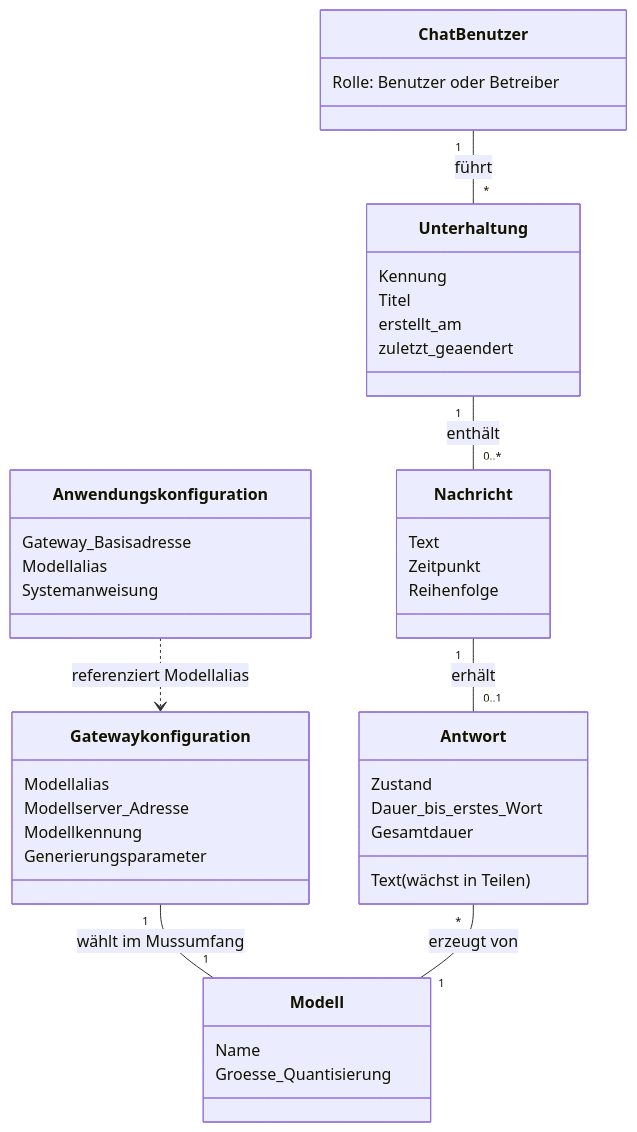
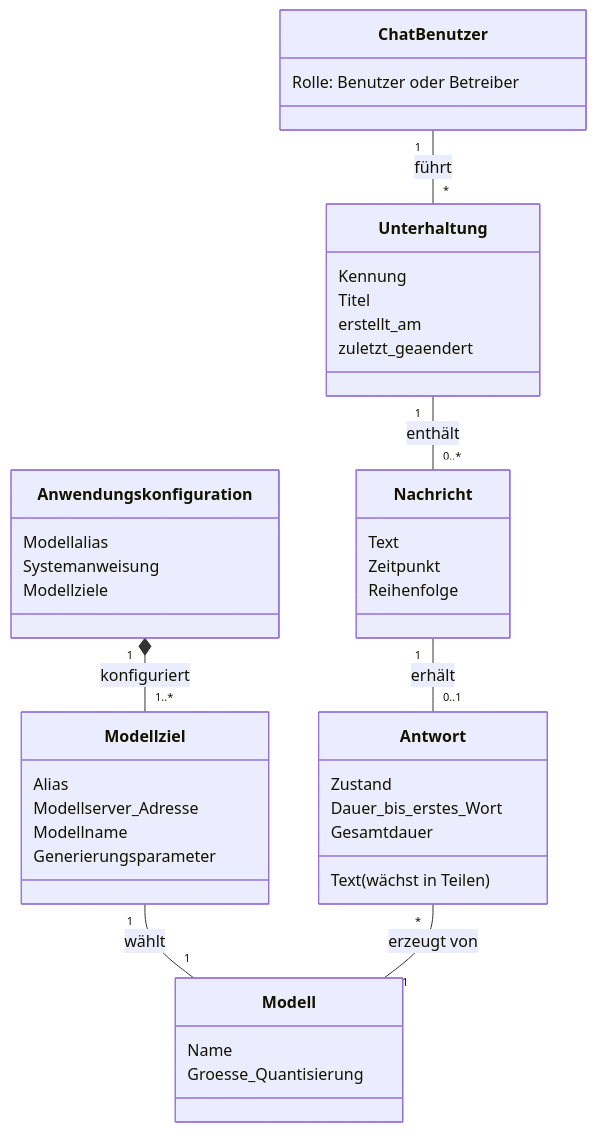
Before and after one commit to thedmo/CustomLocalAiFront: the fourth of 5 diagrams in agent/Design.md, drawn with Mermaid. The commit also changed other lines of this file, not shown here.

````diff
--- a/agent/Design.md
+++ b/agent/Design.md
@@ -360,44 +434,44 @@
 ```mermaid
 classDiagram
     class ChatBenutzer {
         Rolle: Benutzer oder Betreiber
     }
     class Unterhaltung {
         Kennung
         Titel
         erstellt_am
         zuletzt_geaendert
     }
     class Nachricht {
         Text
         Zeitpunkt
         Reihenfolge
     }
     class Antwort {
         Text (wächst in Teilen)
         Zustand
         Dauer_bis_erstes_Wort
         Gesamtdauer
     }
     class Anwendungskonfiguration {
-        Gateway_Basisadresse
         Modellalias
         Systemanweisung
+        Modellziele
     }
-    class Gatewaykonfiguration {
-        Modellalias
+    class Modellziel {
+        Alias
         Modellserver_Adresse
-        Modellkennung
+        Modellname
         Generierungsparameter
     }
     class Modell {
         Name
         Groesse_Quantisierung
     }
     ChatBenutzer "1" -- "*" Unterhaltung : führt
     Unterhaltung "1" -- "0..*" Nachricht : enthält
     Nachricht "1" -- "0..1" Antwort : erhält
-    Anwendungskonfiguration ..> Gatewaykonfiguration : referenziert Modellalias
-    Gatewaykonfiguration "1" -- "1" Modell : wählt im Mussumfang
+    Anwendungskonfiguration "1" *-- "1..*" Modellziel : konfiguriert
+    Modellziel "1" -- "1" Modell : wählt
     Antwort "*" -- "1" Modell : erzeugt von
 ```
````
